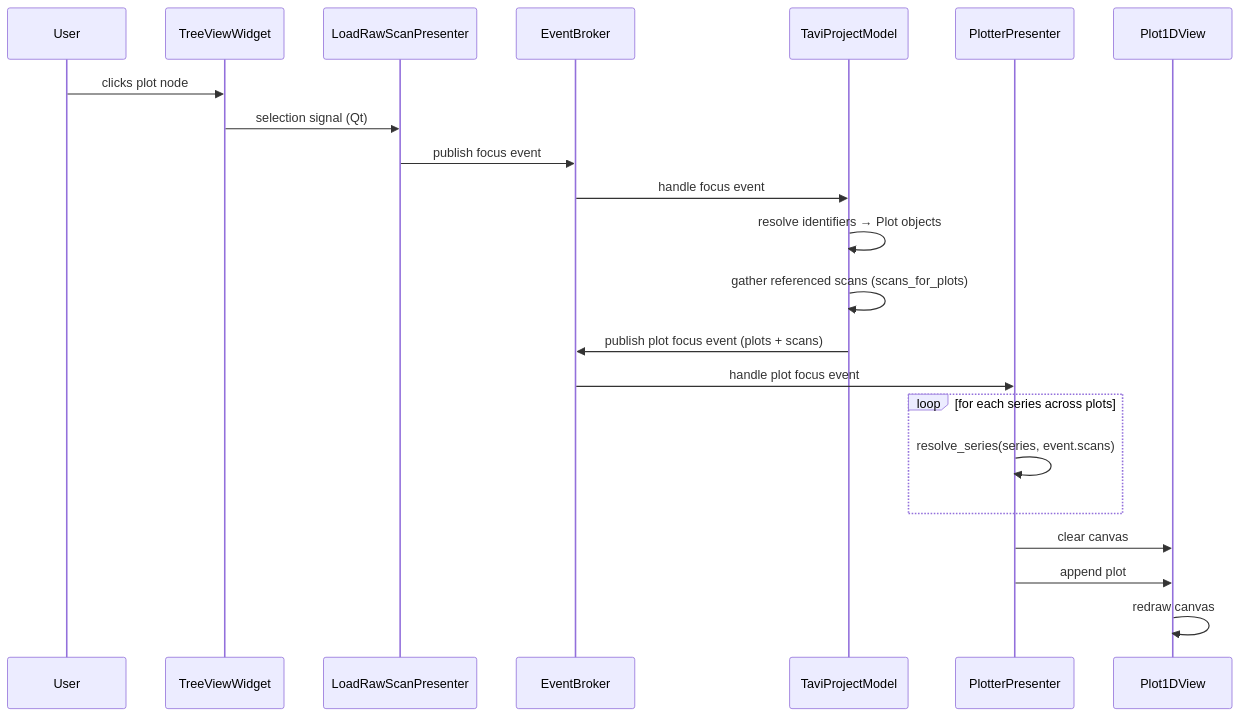
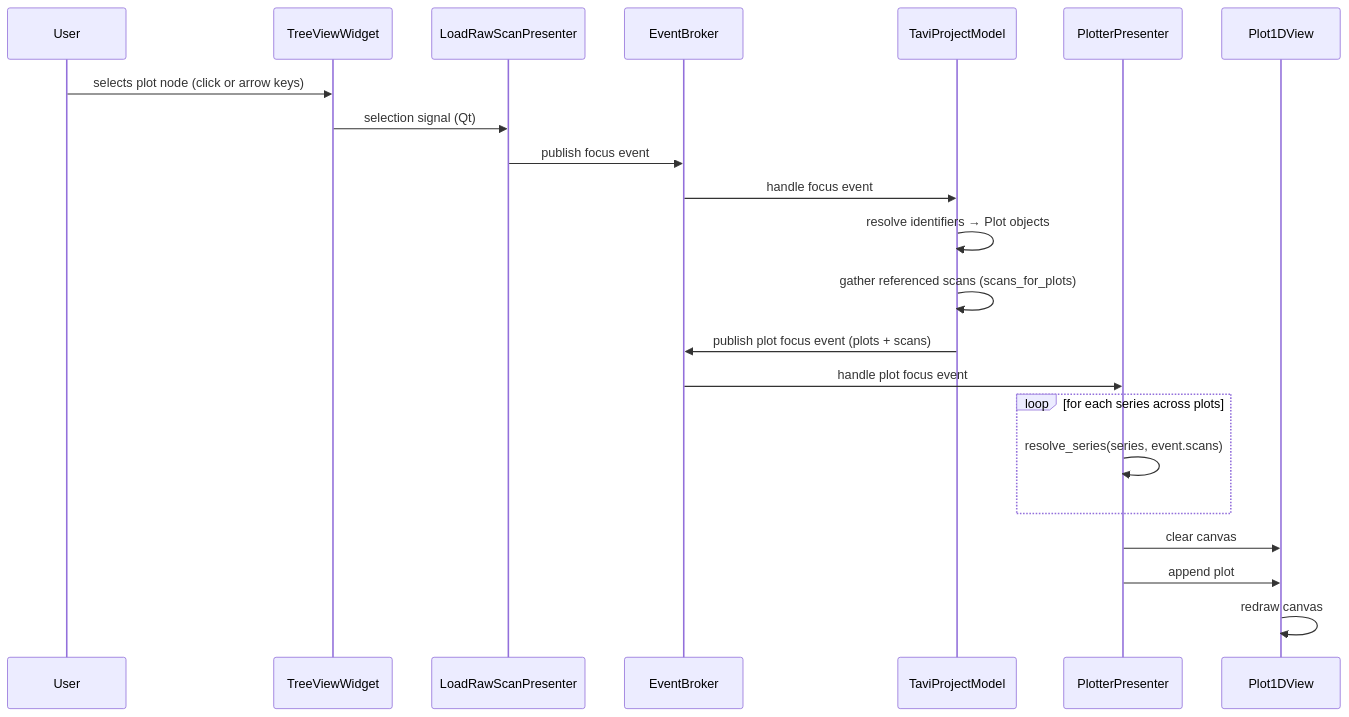
Before and after one commit to neutrons/TAVI: the second of 2 diagrams in docs/source/design/frontend/visualization_flow.rst, drawn with Mermaid. The commit also changed other lines of this file and 2 other files, not shown here.

Commit message:
update selection logic to include focus change from walking runs with arrow keys

```diff
--- a/docs/source/design/frontend/visualization_flow.rst
+++ b/docs/source/design/frontend/visualization_flow.rst
@@ -91,27 +91,27 @@
 .. mermaid::
 
     sequenceDiagram
         participant User
         participant TreeViewWidget
         participant LoadRawScanPresenter
         participant EventBroker
         participant TaviProjectModel
         participant PlotterPresenter
         participant Plot1DView
 
-        User ->> TreeViewWidget: clicks plot node
+        User ->> TreeViewWidget: selects plot node (click or arrow keys)
         TreeViewWidget ->> LoadRawScanPresenter: selection signal (Qt)
         LoadRawScanPresenter ->> EventBroker: publish focus event
 
         EventBroker ->> TaviProjectModel: handle focus event
         TaviProjectModel ->> TaviProjectModel: resolve identifiers → Plot objects
         TaviProjectModel ->> TaviProjectModel: gather referenced scans (scans_for_plots)
         TaviProjectModel ->> EventBroker: publish plot focus event (plots + scans)
 
         EventBroker ->> PlotterPresenter: handle plot focus event
         loop for each series across plots
             PlotterPresenter ->> PlotterPresenter: resolve_series(series, event.scans)
         end
         PlotterPresenter ->> Plot1DView: clear canvas
         PlotterPresenter ->> Plot1DView: append plot
         Plot1DView ->> Plot1DView: redraw canvas
```
